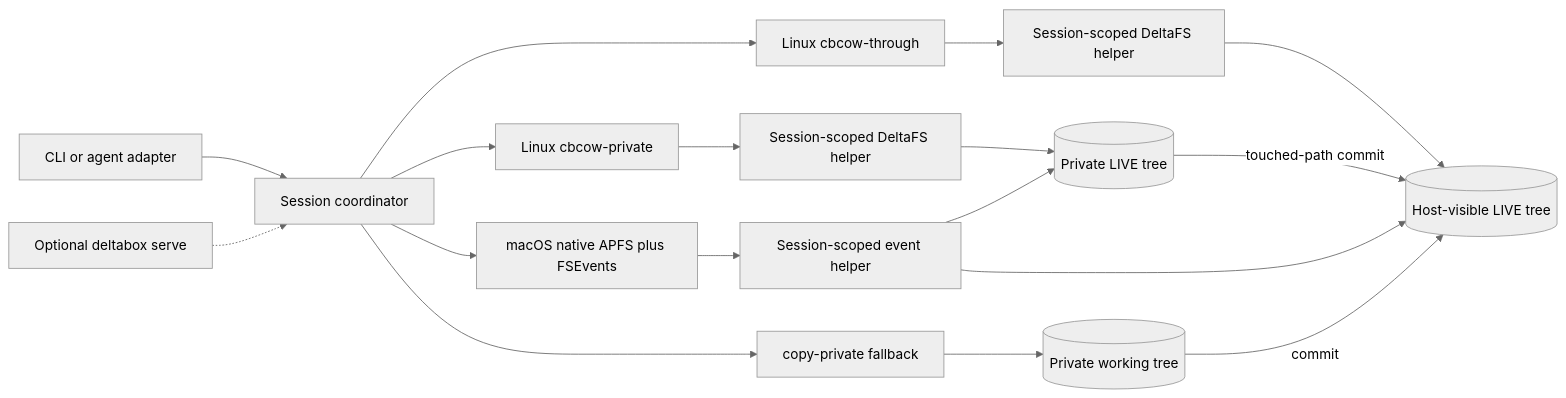
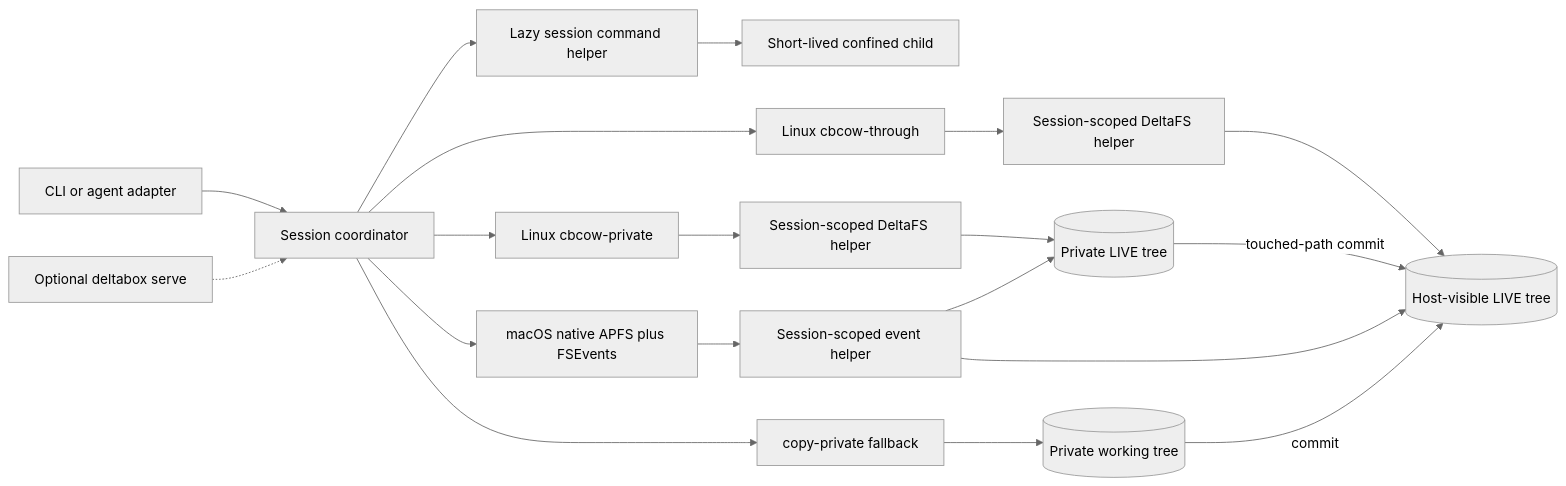
One commit to delta-box/deltabox-lite changed the diagram in README.md. Above: the diagram before and after it, drawn with Mermaid (neutral theme). The commit also changed other lines of this file and 9 other files, not shown here.

Commit message:
deltabox: add persistent session command executor

````diff
--- a/README.md
+++ b/README.md
@@ -60,19 +60,21 @@
 ```mermaid
 flowchart LR
     A[CLI or agent adapter] --> C[Session coordinator]
+    C --> X[Lazy session command helper]
+    X --> Y[Short-lived confined child]
     C --> T[Linux cbcow-through]
     T --> H[Session-scoped DeltaFS helper]
     H --> P[(Host-visible LIVE tree)]
     C --> V[Linux cbcow-private]
     V --> F[Session-scoped DeltaFS helper]
     F --> L[(Private LIVE tree)]
     L -->|touched-path commit| P
     C --> M[macOS native APFS plus FSEvents]
     M --> E[Session-scoped event helper]
     E --> P
     E --> L
     C --> R[copy-private fallback]
     R --> S[(Private working tree)]
     S -->|commit| P
     O[Optional deltabox serve] -.-> C
 ```
````
